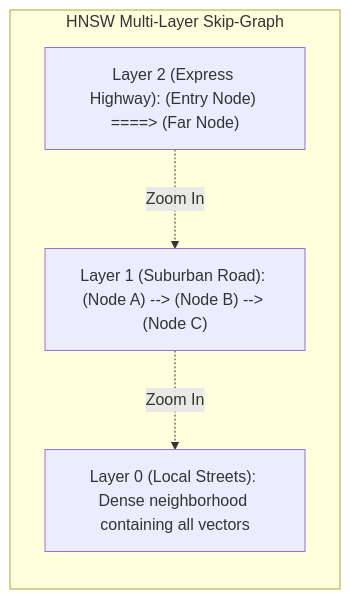
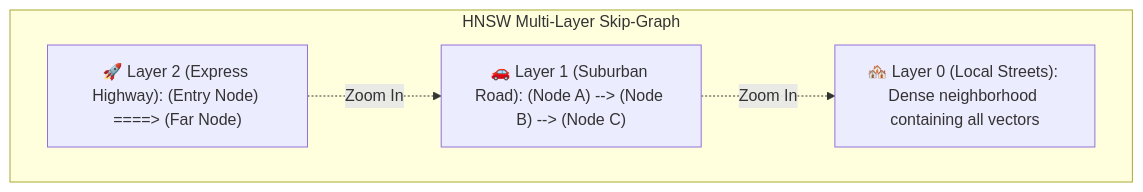
The seventh of 11 diagrams in ai-platform-and-agent-infrastructure-roadmap.md (dip4k/senior-engineer-to-ai-engineer-roadmap), drawn with Mermaid before and after one commit. The commit also changed other lines of this file and 94 other files, not shown here.

Commit message:
refactor(curriculum): complete Phase 04 upgrade and enforce diagram renderer invariants

````diff
--- a/ai-platform-and-agent-infrastructure-roadmap.md
+++ b/ai-platform-and-agent-infrastructure-roadmap.md
@@ -309,12 +308,11 @@
 ```mermaid
 flowchart TD
     subgraph HNSW_Graph ["HNSW Multi-Layer Skip-Graph"]
-        direction TB
-        L2["Layer 2 (Express Highway): (Entry Node) ====> (Far Node)"]
-        L1["Layer 1 (Suburban Road): (Node A) --> (Node B) --> (Node C)"]
-        L0["Layer 0 (Local Streets): Dense neighborhood containing all vectors"]
+        L2["🚀 Layer 2 (Express Highway): (Entry Node) ====> (Far Node)"]
+        L1["🚗 Layer 1 (Suburban Road): (Node A) --> (Node B) --> (Node C)"]
+        L0["🏘️ Layer 0 (Local Streets): Dense neighborhood containing all vectors"]
         
         L2 -. "Zoom In" .-> L1
         L1 -. "Zoom In" .-> L0
     end
 ```
````
